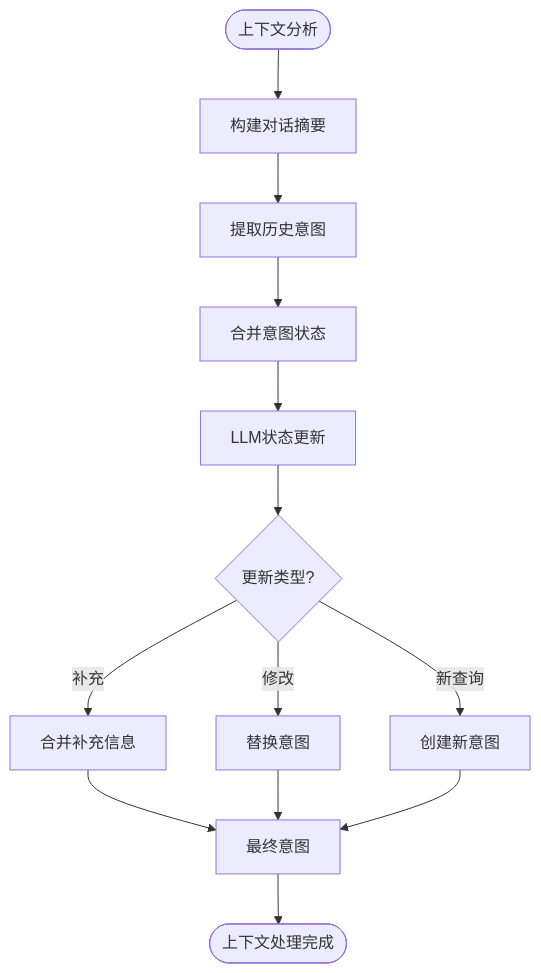
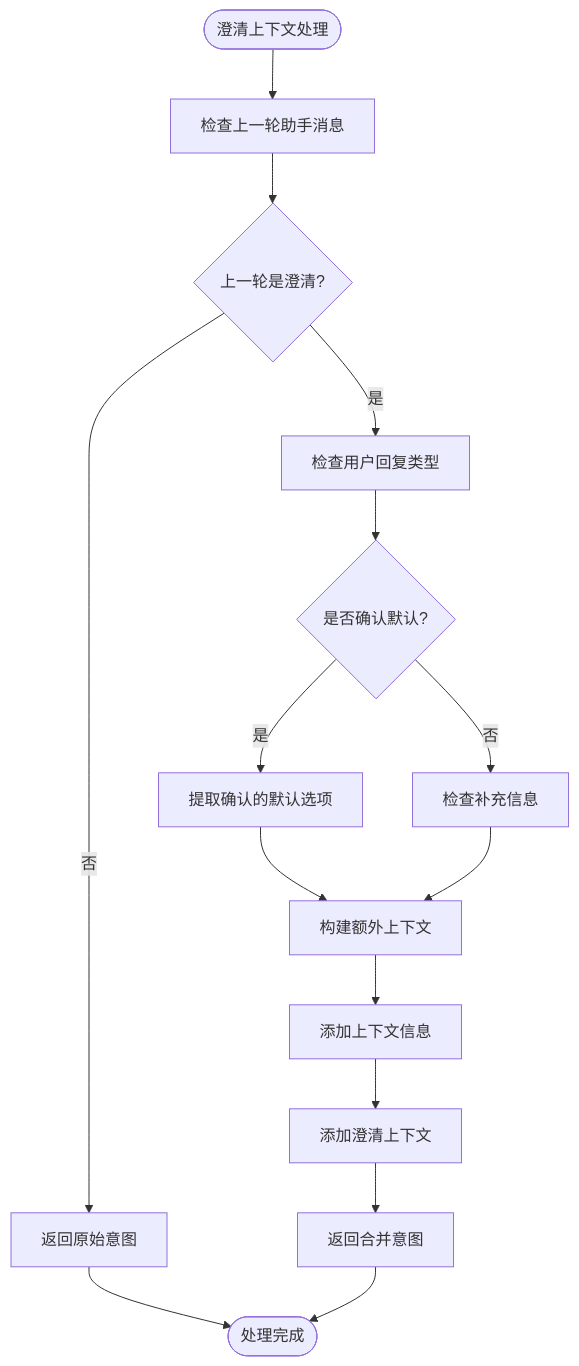
The fifth of 16 diagrams in .qoder/repowiki/zh/content/架构设计/NL2SQL系统架构设计.md (HanHuiOnLine/724-office), drawn with Mermaid before and after one commit. The commit also changed other lines of this file and 115 other files, not shown here.

````diff
--- a/.qoder/repowiki/zh/content/架构设计/NL2SQL系统架构设计.md
+++ b/.qoder/repowiki/zh/content/架构设计/NL2SQL系统架构设计.md
@@ -202,15 +219,17 @@
 ```mermaid
 flowchart TD
-ContextStart([上下文分析]) --> BuildSummary[构建对话摘要]
-BuildSummary --> ExtractIntents[提取历史意图]
-ExtractIntents --> MergeIntents[合并意图状态]
-MergeIntents --> UpdateLLM[LLM状态更新]
-UpdateLLM --> Decision{更新类型?}
-Decision --> |补充| MergeSupplement[合并补充信息]
-Decision --> |修改| ReplaceIntent[替换意图]
-Decision --> |新查询| CreateNew[创建新意图]
-MergeSupplement --> FinalIntent[最终意图]
-ReplaceIntent --> FinalIntent
-CreateNew --> FinalIntent
-FinalIntent --> End([上下文处理完成])
+ClarifyStart([澄清上下文处理]) --> CheckLastAssistant[检查上一轮助手消息]
+CheckLastAssistant --> IsClarify{上一轮是澄清?}
+IsClarify --> |否| ReturnOriginal[返回原始意图]
+IsClarify --> |是| CheckReplyType[检查用户回复类型]
+CheckReplyType --> IsAffirmative{是否确认默认?}
+IsAffirmative --> |是| ExtractDefaults[提取确认的默认选项]
+IsAffirmative --> |否| CheckSupplement[检查补充信息]
+ExtractDefaults --> BuildExtraContext[构建额外上下文]
+CheckSupplement --> BuildExtraContext
+BuildExtraContext --> AddContextInfo[添加上下文信息]
+AddContextInfo --> AddClarificationContext[添加澄清上下文]
+AddClarificationContext --> ReturnMerged[返回合并意图]
+ReturnOriginal --> End([处理完成])
+ReturnMerged --> End
 ```
````
